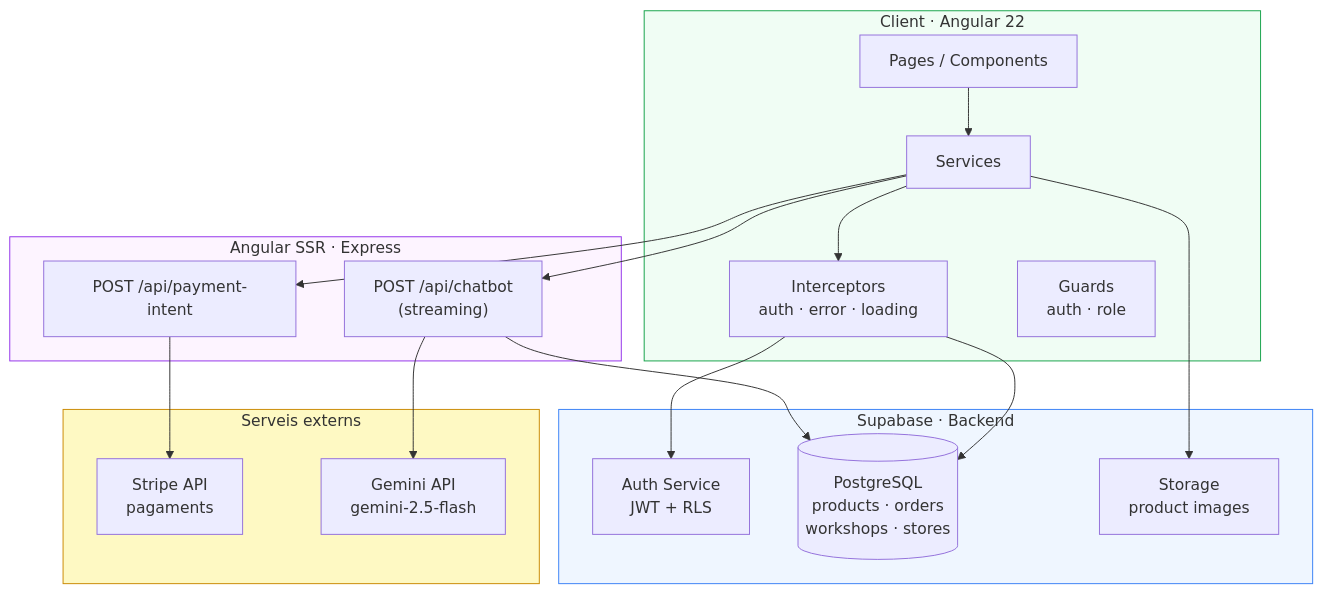
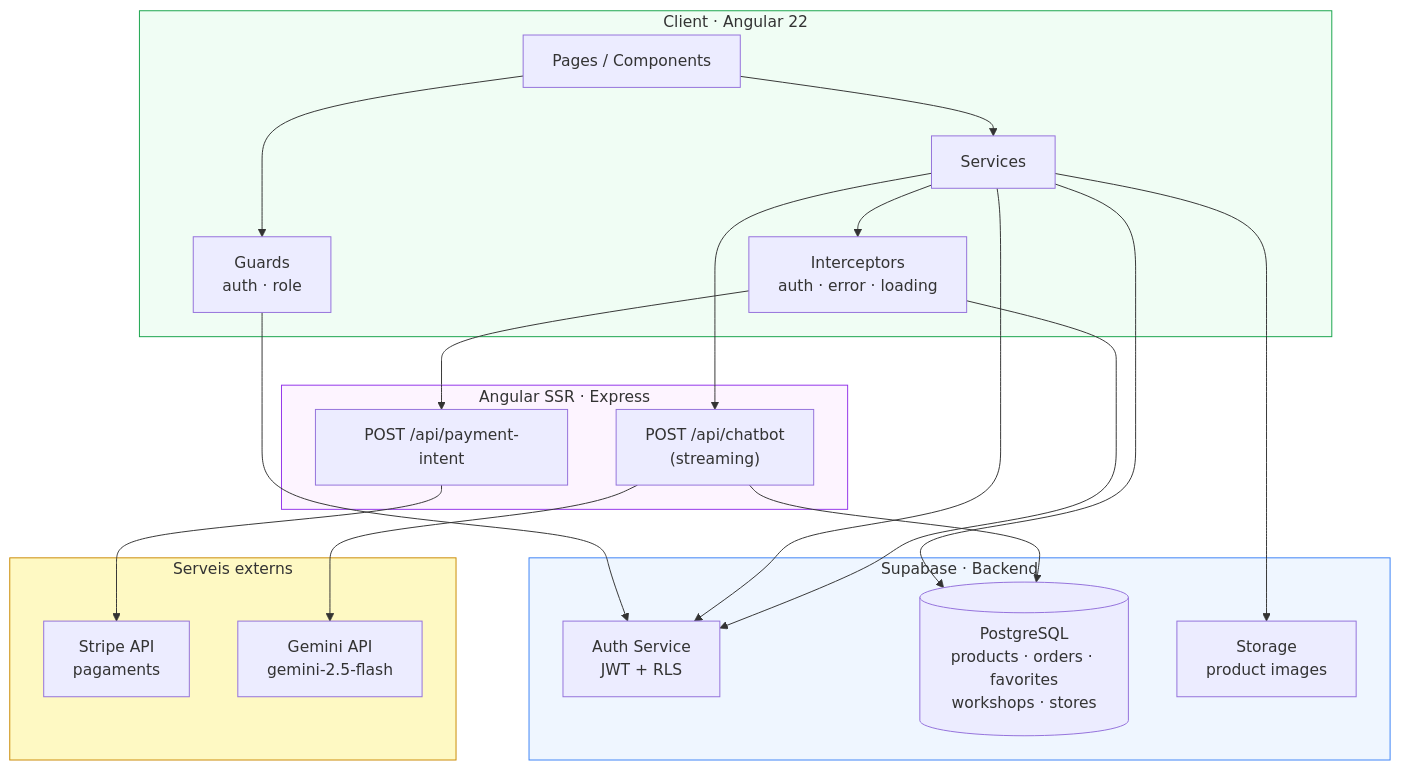
Before and after one commit to isahun/winter-garden: the first of 8 diagrams in DIAGRAMS.md, drawn with Mermaid. The commit also changed other lines of this file, not shown here.

Commit message:
docs(diagrams): fix architecture, ER, admin flow and auth sequence to match real implementation

````diff
--- a/DIAGRAMS.md
+++ b/DIAGRAMS.md
@@ -9,41 +9,44 @@
 ```mermaid
 graph TB
     subgraph Client["Client · Angular 22"]
         UI[Pages / Components]
         SVC[Services]
         INT["Interceptors<br/>auth · error · loading"]
         GRD["Guards<br/>auth · role"]
     end
 
     subgraph SSR["Angular SSR · Express"]
         API_PAY["POST /api/payment-intent"]
         API_CHAT["POST /api/chatbot<br/>(streaming)"]
     end
 
     subgraph Supabase["Supabase · Backend"]
         AUTH["Auth Service<br/>JWT + RLS"]
-        DB[("PostgreSQL<br/>products · orders<br/>workshops · stores")]
+        DB[("PostgreSQL<br/>products · orders · favorites<br/>workshops · stores")]
         STR["Storage<br/>product images"]
     end
 
     subgraph External["Serveis externs"]
         STRIPE["Stripe API<br/>pagaments"]
         GEMINI["Gemini API<br/>gemini-2.5-flash"]
     end
 
     UI --> SVC
+    UI --> GRD
+    GRD --> AUTH
+    SVC --> AUTH
+    SVC --> DB
+    SVC --> STR
     SVC --> INT
     INT --> AUTH
-    INT --> DB
-    SVC --> STR
-    SVC --> API_PAY
+    INT --> API_PAY
     SVC --> API_CHAT
     API_PAY --> STRIPE
     API_CHAT --> DB
     API_CHAT --> GEMINI
 
     style Client fill:#f0fdf4,stroke:#16a34a
     style SSR fill:#fdf4ff,stroke:#9333ea
     style Supabase fill:#eff6ff,stroke:#3b82f6
     style External fill:#fef9c3,stroke:#ca8a04
 ```
````
